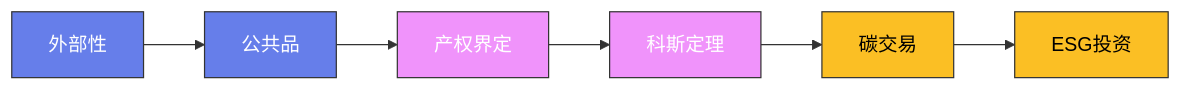
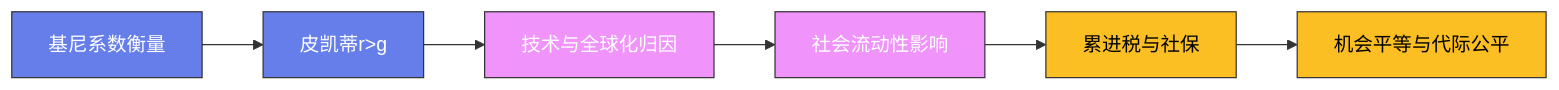
Before and after one commit to Fengur/Fengur.github.io: the diagram in content/posts/ModelCreate/经济学与金融/15-不平等经济学.md, drawn with Mermaid. The commit also changed 118 other files, not shown here.

````diff
--- a/content/posts/ModelCreate/经济学与金融/15-不平等经济学.md
+++ b/content/posts/ModelCreate/经济学与金融/15-不平等经济学.md
@@ -77,16 +77,16 @@
 ```mermaid
 graph LR
-    A["外部性"] --> B["公共品"]
-    B --> C["产权界定"]
-    C --> D["科斯定理"]
-    D --> E["碳交易"]
-    E --> F["ESG投资"]
+    A["基尼系数衡量"] --> B["皮凯蒂r>g"]
+    B --> C["技术与全球化归因"]
+    C --> D["社会流动性影响"]
+    D --> E["累进税与社保"]
+    E --> F["机会平等与代际公平"]
 
     classDef early fill:#667eea,stroke:#333,color:white
     classDef mid fill:#f093fb,stroke:#333,color:white
     classDef modern fill:#fbbf24,stroke:#333,color:black
 
     class A,B early
     class C,D mid
     class E,F modern
 ```
````
